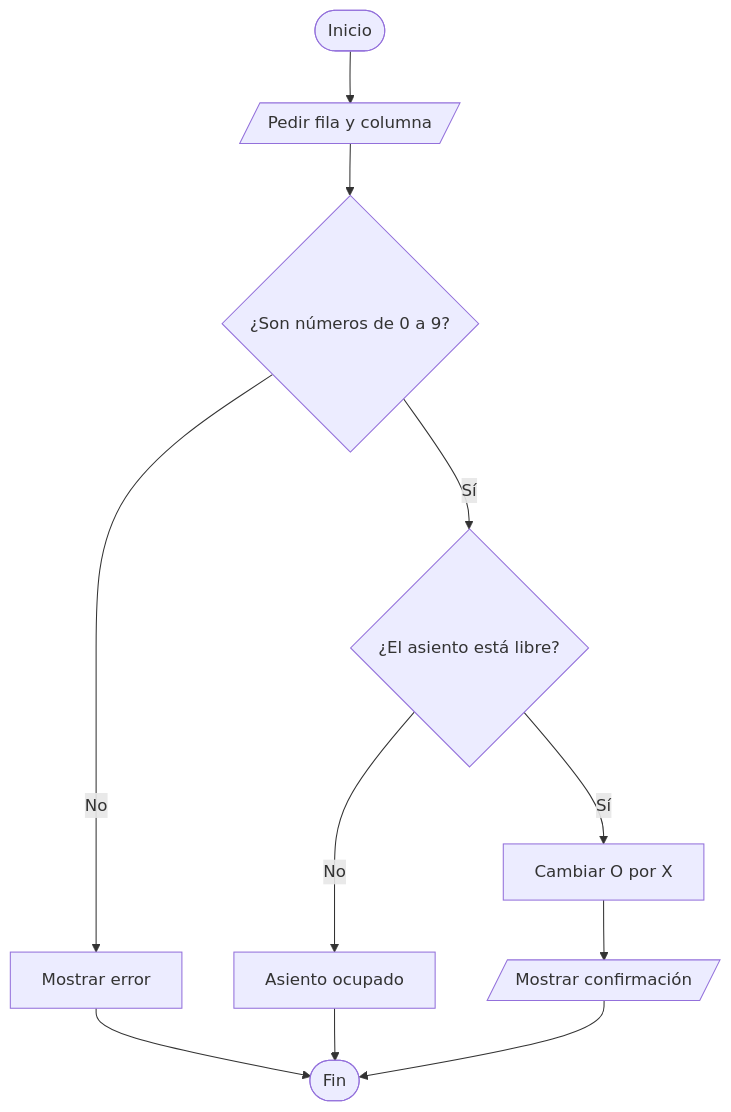
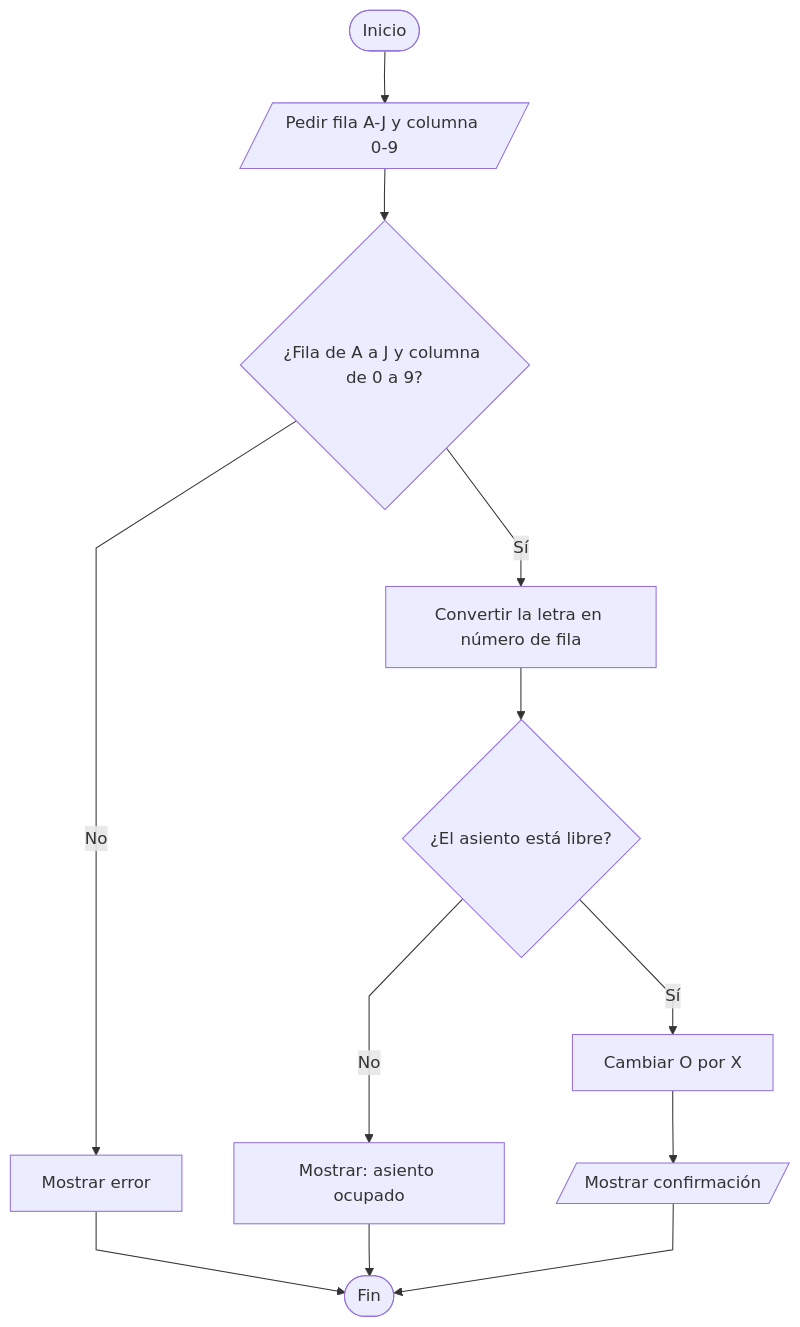
The third of 6 diagrams in Documentacion/Dia-2-Diagramas-de-flujo.md (Roberto8322/Proyecto-Integrador-2-cine), drawn with Mermaid before and after one commit. The commit also changed other lines of this file and 1 other file, not shown here.

Commit message:
Día 2: se agregan los diagramas de flujo, el diseño modular y la interfaz con filas de A a J y columnas de 0 a 9

````diff
--- a/Documentacion/Dia-2-Diagramas-de-flujo.md
+++ b/Documentacion/Dia-2-Diagramas-de-flujo.md
@@ -39,13 +44,15 @@
 ```mermaid
+%%{init: {'flowchart': {'curve': 'linear'}}}%%
 flowchart TD
-    A([Inicio]) --> B[/Pedir fila y columna/]
-    B --> C{"¿Son números de 0 a 9?"}
+    A([Inicio]) --> B[/Pedir fila A-J y columna 0-9/]
+    B --> C{"¿Fila de A a J y columna de 0 a 9?"}
     C -->|No| D[Mostrar error]
     D --> Z([Fin])
-    C -->|Sí| E{"¿El asiento está libre?"}
-    E -->|No| F[Asiento ocupado]
-    F --> Z
-    E -->|Sí| G[Cambiar O por X]
-    G --> H[/Mostrar confirmación/]
-    H --> Z
+    C -->|Sí| E[Convertir la letra en número de fila]
+    E --> F{"¿El asiento está libre?"}
+    F -->|No| G[Mostrar: asiento ocupado]
+    G --> Z
+    F -->|Sí| H[Cambiar O por X]
+    H --> I[/Mostrar confirmación/]
+    I --> Z
 ```
````
